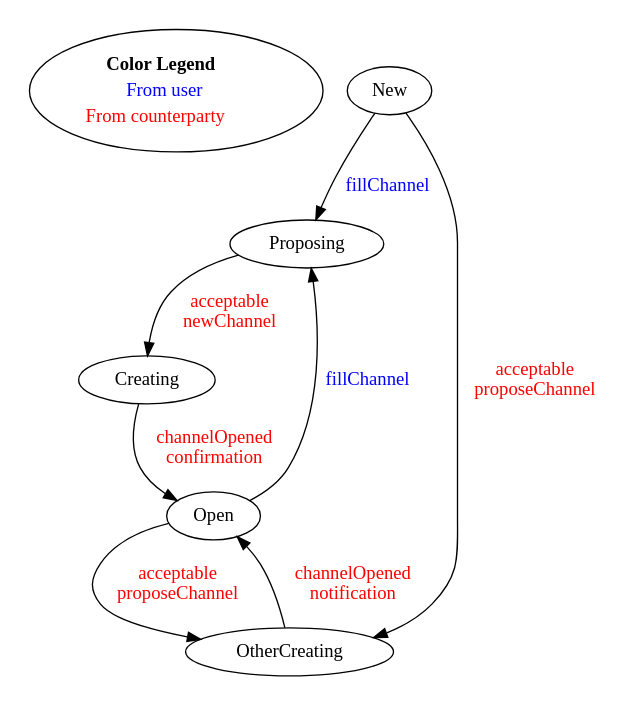
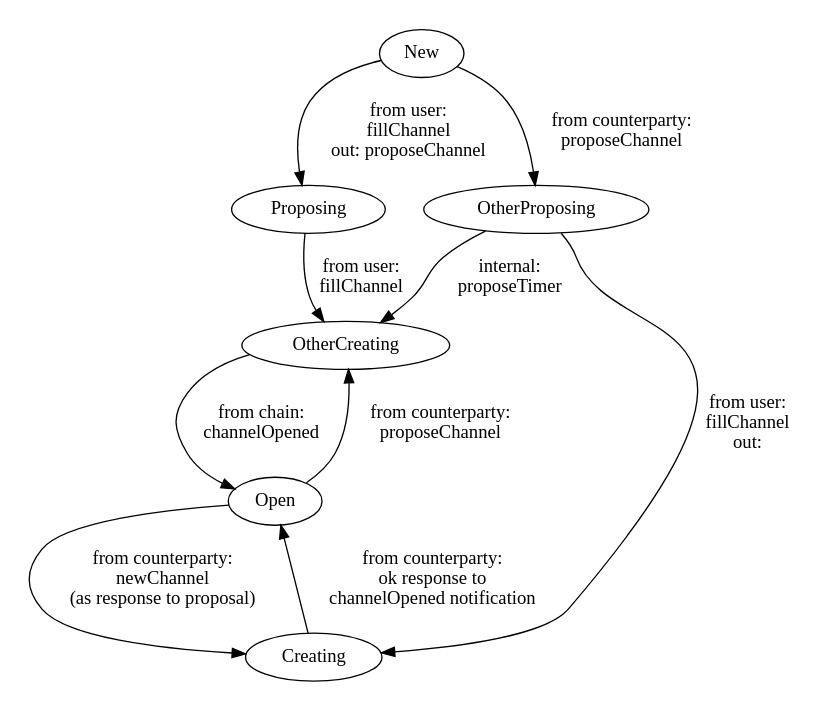
The diagram in docs/diagrams/state_machine.dot (althea-net/guac_rs), drawn with Graphviz before and after one commit. The commit also changed 3 other files, not shown here.

Commit message:
diagram updates

```diff
--- a/docs/diagrams/state_machine.dot
+++ b/docs/diagrams/state_machine.dot
@@ -1,27 +1,39 @@
 // command to render: dot state_machine.dot -Tsvg -o state_machine.svg
 digraph G {
     pad=0.2
     
-    Legend [ label=<
-        <table border="0" cellpadding="2" cellspacing="0" cellborder="0">
-        <tr>
-        <td colspan="4"><b>Color Legend</b></td>
-        </tr>
-        <tr>
-        <td><font color="blue">From user</font></td>
-        </tr>
-        <tr>
-        <td><font color="red">From counterparty</font></td>
-        </tr>
-        </table>
-    >];
+    // Legend [ label=<
+    //     <table border="0" cellpadding="2" cellspacing="0" cellborder="0">
+    //     <tr>
+    //     <td colspan="4"><b>Color Legend</b></td>
+    //     </tr>
+    //     <tr>
+    //     <td><font color="blue">From user</font></td>
+    //     </tr>
+    //     <tr>
+    //     <td><font color="red">From counterparty</font></td>
+    //     </tr>
+    //     </table>
+    // >];
 
     
-        New -> Proposing [ label="fillChannel", fontcolor="blue"];
-        New -> OtherCreating [ label="acceptable\nproposeChannel", fontcolor="red" ];
-        Proposing -> Creating [ label="acceptable\nnewChannel", fontcolor="red" ];
-        OtherCreating -> Open [ label="channelOpened\nnotification", fontcolor="red" ];
-        Creating -> Open [ label="channelOpened\nconfirmation", fontcolor="red" ];
-        Open -> OtherCreating [ label="acceptable\nproposeChannel", fontcolor="red" ];
-        Open -> Proposing [ label="fillChannel", fontcolor="blue" ];
+        // New -> Proposing; //[ label="fillChannel", fontcolor="blue"];
+        // New -> OtherProposing; //[ label="proposeChannel", fontcolor="red" ];
+        // Proposing -> Creating; //[ label="newChannel", fontcolor="red" ];
+        // Proposing -> OtherCreating; //
+        // OtherProposing -> OtherCreating; //[ label="proposeTimerEnd\n" ]
+        // OtherCreating -> Open; // [ label="channelOpened\nnotification", fontcolor="red" ];
+        // Creating -> Open; // [ label="channelOpened\nconfirmation", fontcolor="red" ];
+        // Open -> OtherCreating; // [ label="proposeChannel", fontcolor="red" ];
+        // Open -> Proposing; // [ label="fillChannel", fontcolor="blue" ];
+    
+    New -> Proposing [ label="from user:\nfillChannel\nout: proposeChannel" ];
+    New -> OtherProposing [ label="from counterparty:\nproposeChannel" ];
+    Proposing -> OtherCreating [ label="from user:\nfillChannel" ];
+    OtherProposing -> OtherCreating [ label="internal:\nproposeTimer" ];
+    OtherProposing -> Creating [ label="from user:\nfillChannel\nout: " ];
+    Creating -> Open [ label="from counterparty:\nok response to\nchannelOpened notification" ];
+    OtherCreating -> Open [ label="from chain:\nchannelOpened" ];
+    Open -> OtherCreating [ label="from counterparty:\nproposeChannel" ];
+    Open -> Creating [ label="from counterparty:\nnewChannel\n(as response to proposal)" ];
 }
```
